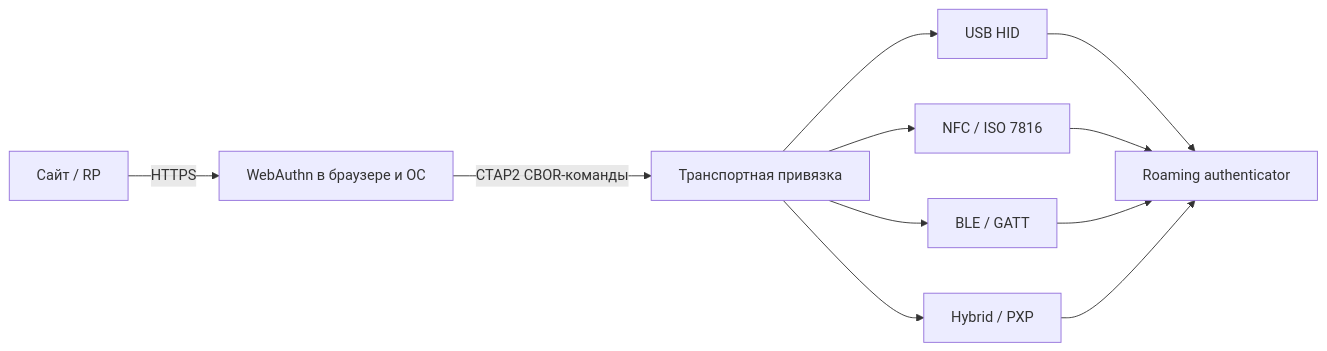
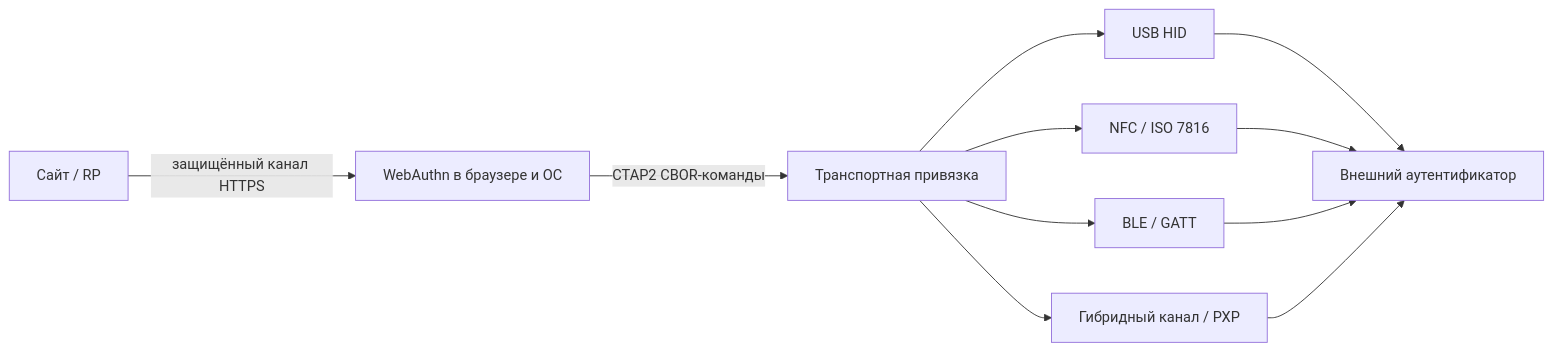
The first of 4 diagrams in FIDO/ctap.md (zapret-discordyoutube/todo), drawn with Mermaid before and after one commit. The commit also changed other lines of this file and 8 other files, not shown here.

````diff
--- a/FIDO/ctap.md
+++ b/FIDO/ctap.md
@@ -38,13 +80,13 @@
 ```mermaid
 flowchart LR
-    RP["Сайт / RP"] -->|"HTTPS"| WA["WebAuthn в браузере и ОС"]
+    RP["Сайт / RP"] -->|"защищённый канал HTTPS"| WA["WebAuthn в браузере и ОС"]
     WA -->|"CTAP2 CBOR-команды"| Binding["Транспортная привязка"]
     Binding --> USB["USB HID"]
     Binding --> NFC["NFC / ISO 7816"]
     Binding --> BLE["BLE / GATT"]
-    Binding --> PXP["Hybrid / PXP"]
-    USB --> Auth["Roaming authenticator"]
+    Binding --> PXP["Гибридный канал / PXP"]
+    USB --> Auth["Внешний аутентификатор"]
     NFC --> Auth
     BLE --> Auth
     PXP --> Auth
 ```
````
